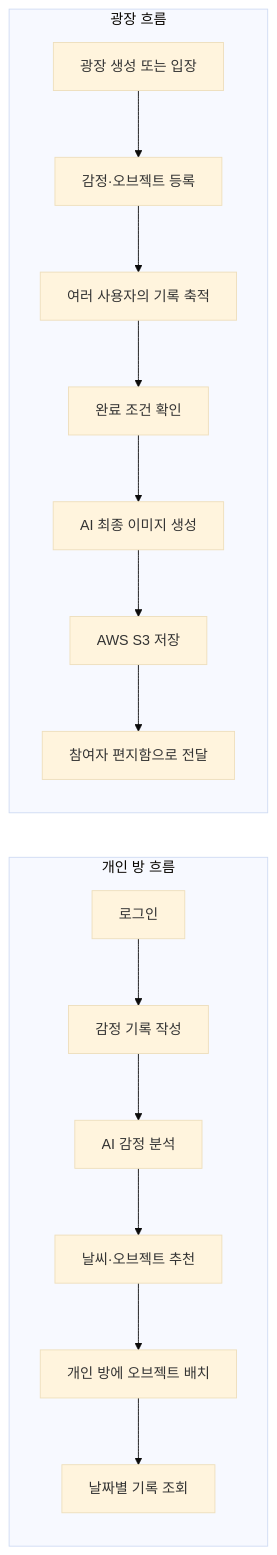
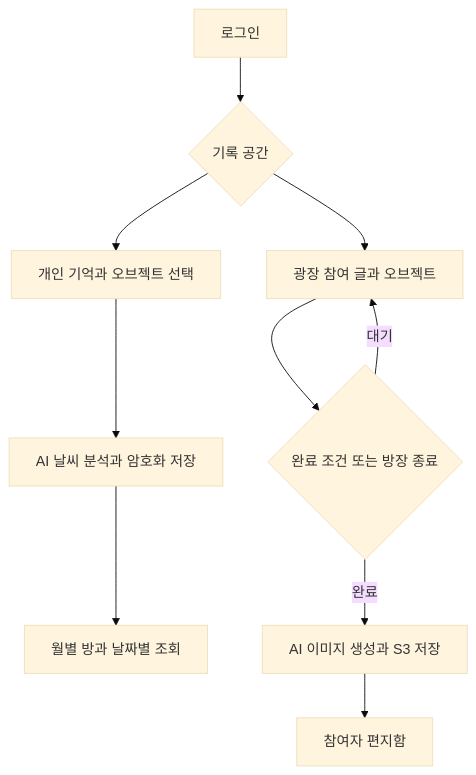
One commit to junyeong2107/weather-of-the-heart-portfolio changed the first of 5 diagrams in README.md. Above: the diagram before and after it, drawn with Mermaid (base theme). The commit also changed other lines of this file and 5 other files, not shown here.

````diff
--- a/README.md
+++ b/README.md
@@ -75,19 +75,12 @@
 ```mermaid
-flowchart LR
-    subgraph PrivateRoom["개인 방 흐름"]
-        P1["로그인"] --> P2["감정 기록 작성"]
-        P2 --> P3["AI 감정 분석"]
-        P3 --> P4["날씨·오브젝트 추천"]
-        P4 --> P5["개인 방에 오브젝트 배치"]
-        P5 --> P6["날짜별 기록 조회"]
-    end
-
-    subgraph PlazaFlow["광장 흐름"]
-        G1["광장 생성 또는 입장"] --> G2["감정·오브젝트 등록"]
-        G2 --> G3["여러 사용자의 기록 축적"]
-        G3 --> G4["완료 조건 확인"]
-        G4 --> G5["AI 최종 이미지 생성"]
-        G5 --> G6["AWS S3 저장"]
-        G6 --> G7["참여자 편지함으로 전달"]
-    end
+flowchart TB
+    Login["로그인"] --> Space{"기록 공간"}
+    Space --> Private["개인 기억과 오브젝트 선택"]
+    Private --> Analyze["AI 날씨 분석과 암호화 저장"]
+    Analyze --> Room["월별 방과 날짜별 조회"]
+    Space --> Entry["광장 참여 글과 오브젝트"]
+    Entry --> Ready{"완료 조건 또는 방장 종료"}
+    Ready -->|"완료"| Result["AI 이미지 생성과 S3 저장"]
+    Ready -->|"대기"| Entry
+    Result --> Letter["참여자 편지함"]
 ```
````
